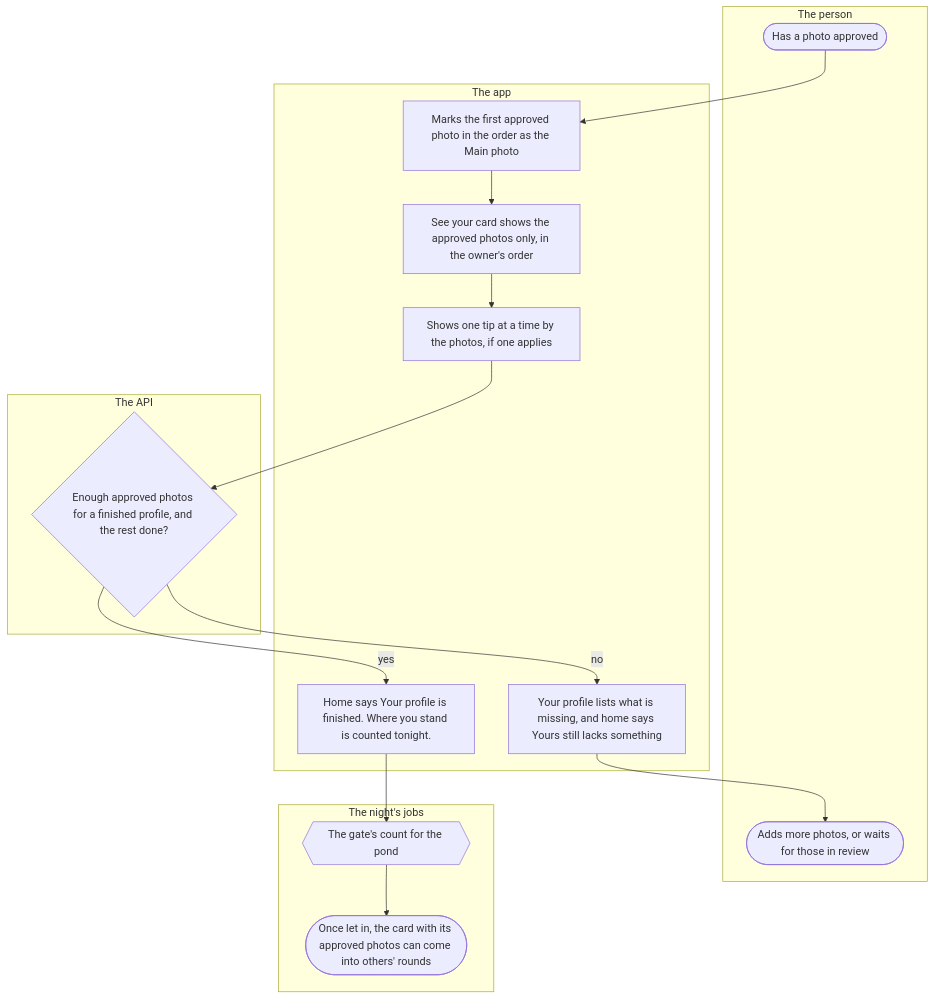
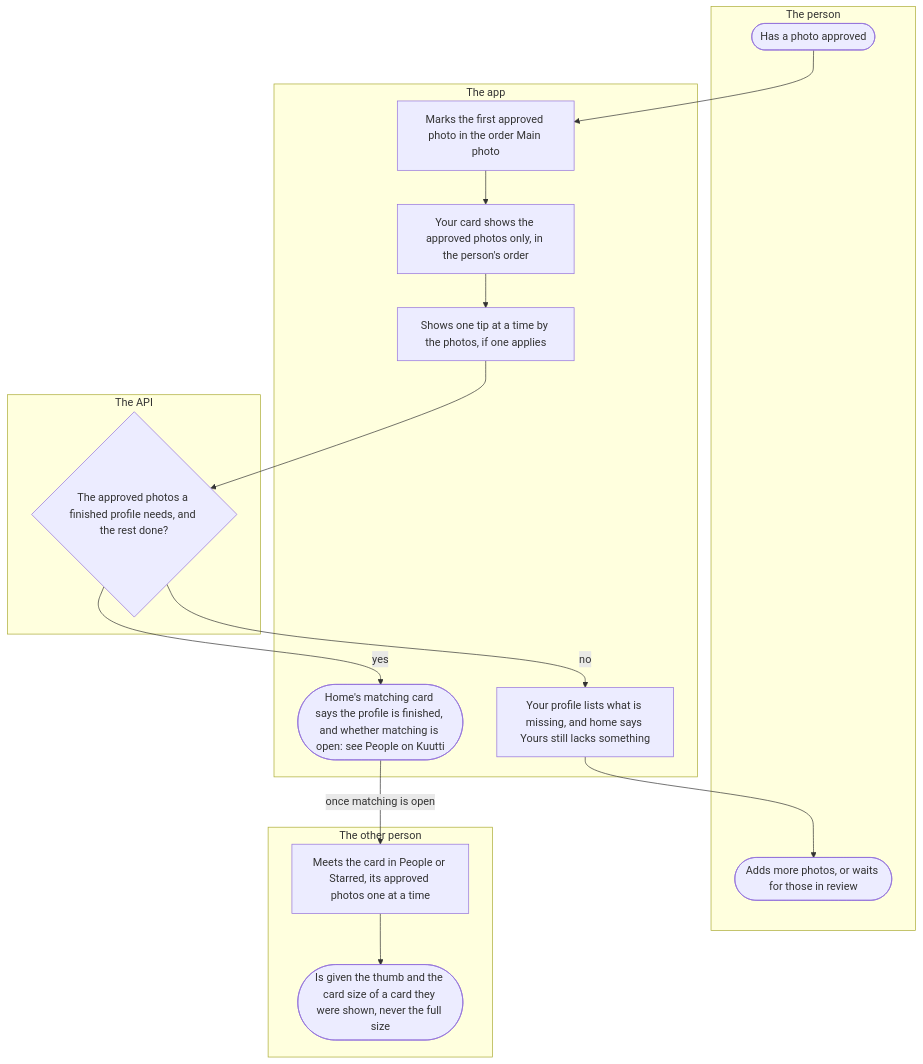
Before and after one commit to kuutti-ry/kuutti-app: the fourth of 7 diagrams in docs/flows/photos.md, drawn with Mermaid. The commit also changed other lines of this file and 41 other files, not shown here.

First line of the commit message:
Redraw the user flows against today's main, held by check:docs

````diff
--- a/docs/flows/photos.md
+++ b/docs/flows/photos.md
@@ -154,32 +177,32 @@
 ```mermaid
 flowchart TB
-  accTitle: Photos, part 4
-  accDescr: An approved photo is the only kind others ever see. The first approved one in the order is the main photo, the card carries the approved ones only, and the tips about the photos come from what the check saw. Once the profile has the approved photos it needs and the rest is done, the night's count of the gate takes it in, and once let in, the card can come into others' rounds.
+  accTitle: Photos, part 4: what an approved photo opens
+  accDescr: An approved photo is the only kind anybody else is given. The first approved one in the order is the main photo, the person's own card shows the approved ones only, and the tips come from what the check saw. With the approved photos a finished profile needs and the rest done, home says so at once, and matching opens for the person as soon as an admin has opened it. Others then meet the card in People, its approved photos one at a time, and are given the thumb and the card size only, never the full size.
   subgraph person["The person"]
     s33(["Has a photo approved"])
     s39(["Adds more photos, or waits for those in review"])
   end
   subgraph app["The app"]
-    s34["Marks the first approved photo in the order as the Main photo"]
-    s35["See your card shows the approved photos only, in the owner's order"]
+    s34["Marks the first approved photo in the order Main photo"]
+    s35["Your card shows the approved photos only, in the person's order"]
     s36["Shows one tip at a time by the photos, if one applies"]
     s38["Your profile lists what is missing, and home says Yours still lacks something"]
-    s40["Home says Your profile is finished. Where you stand is counted tonight."]
+    s40(["Home's matching card says the profile is finished, and whether matching is open: see People on Kuutti"])
   end
   subgraph api["The API"]
-    s37{"Enough approved photos for a finished profile, and the rest done?"}
+    s37{"The approved photos a finished profile needs, and the rest done?"}
   end
-  subgraph night["The night's jobs"]
-    s41{{"The gate's count for the pond"}}
-    s42(["Once let in, the card with its approved photos can come into others' rounds"])
+  subgraph other["The other person"]
+    s41["Meets the card in People or Starred, its approved photos one at a time"]
+    s42(["Is given the thumb and the card size of a card they were shown, never the full size"])
   end
   s33 --> s34
   s34 --> s35
   s35 --> s36
   s36 --> s37
   s37 -->|"no"| s38
   s38 --> s39
   s37 -->|"yes"| s40
-  s40 --> s41
+  s40 -->|"once matching is open"| s41
   s41 --> s42
 ```
````
